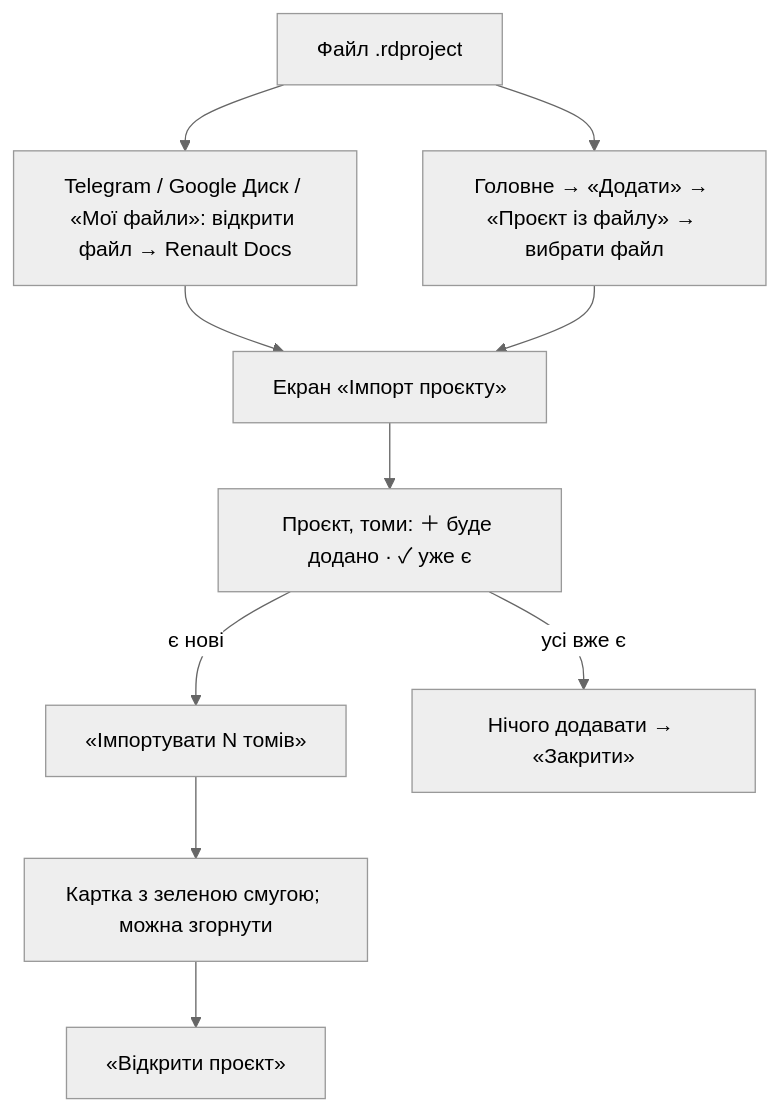
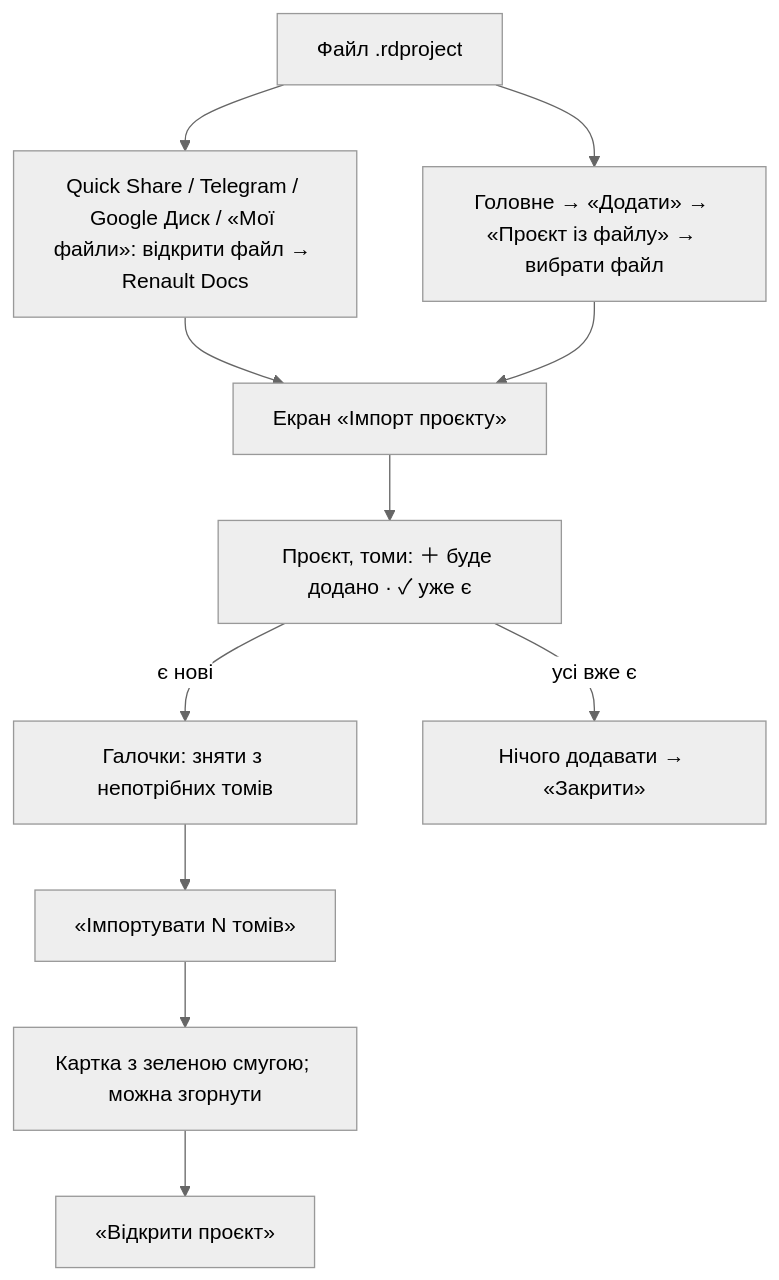
The fifth of 10 diagrams in docs/ua/USER_GUIDE.md (faric-ua/renault-docs-android), drawn with Mermaid (neutral theme) before and after one commit. The commit also changed other lines of this file and 16 other files, not shown here.

````diff
--- a/docs/ua/USER_GUIDE.md
+++ b/docs/ua/USER_GUIDE.md
@@ -123,12 +123,13 @@
 ```mermaid
 flowchart TD
-    F["Файл .rdproject"] --> T["Telegram / Google Диск / «Мої файли»: відкрити файл → Renault Docs"]
+    F["Файл .rdproject"] --> T["Quick Share / Telegram / Google Диск / «Мої файли»: відкрити файл → Renault Docs"]
     F --> H["Головне → «Додати» → «Проєкт із файлу» → вибрати файл"]
     T --> P["Екран «Імпорт проєкту»"]
     H --> P
     P --> L["Проєкт, томи: ＋ буде додано · ✓ уже є"]
-    L -->|"є нові"| B["«Імпортувати N томів»"]
+    L -->|"є нові"| G["Галочки: зняти з непотрібних томів"]
+    G --> B["«Імпортувати N томів»"]
     L -->|"усі вже є"| N["Нічого додавати → «Закрити»"]
     B --> K["Картка з зеленою смугою; можна згорнути"]
     K --> OK["«Відкрити проєкт»"]
 ```
````
